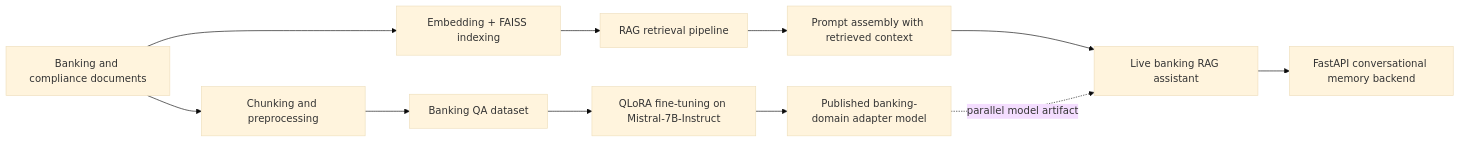
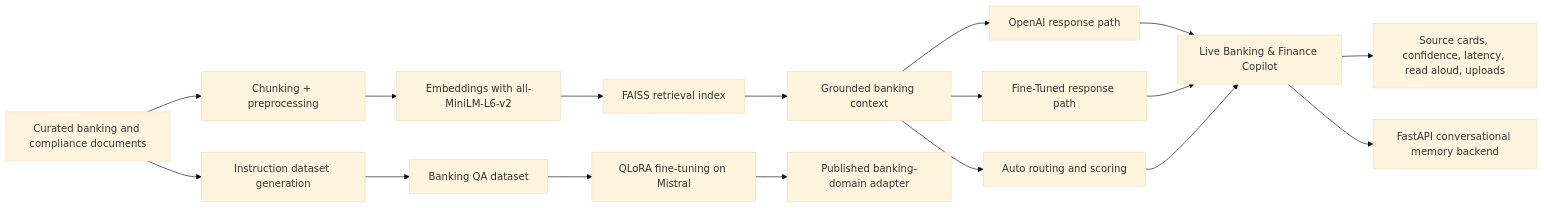
One commit to rakeshmadasaniai/banking-genai-portfolio changed the first of 2 diagrams in README.md. Above: the diagram before and after it, drawn with Mermaid (base theme). The commit also changed other lines of this file, not shown here.

````diff
--- a/README.md
+++ b/README.md
@@ -90,15 +94,23 @@
 ```mermaid
 flowchart LR
-    A["Banking and compliance documents"] --> B["Chunking and preprocessing"]
-    B --> C["Banking QA dataset"]
-    C --> D["QLoRA fine-tuning on Mistral-7B-Instruct"]
-    D --> E["Published banking-domain adapter model"]
+    A["Curated banking and compliance documents"] --> B["Chunking + preprocessing"]
+    B --> C["Embeddings with all-MiniLM-L6-v2"]
+    C --> D["FAISS retrieval index"]
+    D --> E["Grounded banking context"]
 
-    A --> F["Embedding + FAISS indexing"]
-    F --> G["RAG retrieval pipeline"]
-    G --> H["Prompt assembly with retrieved context"]
-    H --> I["Live banking RAG assistant"]
-    I --> J["FastAPI conversational memory backend"]
+    A --> F["Instruction dataset generation"]
+    F --> G["Banking QA dataset"]
+    G --> H["QLoRA fine-tuning on Mistral"]
+    H --> I["Published banking-domain adapter"]
 
-    E -. "parallel model artifact" .-> I
+    E --> J["OpenAI response path"]
+    E --> K["Fine-Tuned response path"]
+    E --> L["Auto routing and scoring"]
+
+    J --> M["Live Banking & Finance Copilot"]
+    K --> M
+    L --> M
+
+    M --> N["Source cards, confidence, latency, read aloud, uploads"]
+    M --> O["FastAPI conversational memory backend"]
 ```
````
